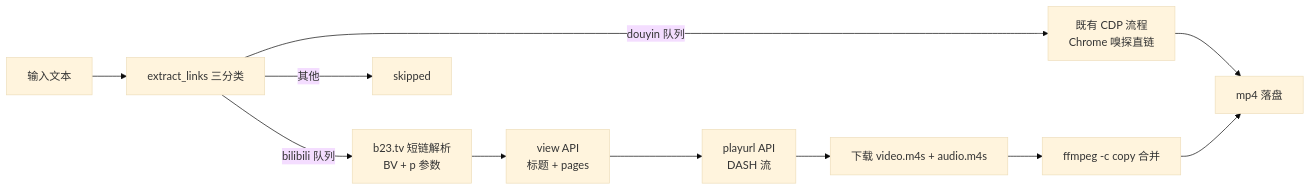
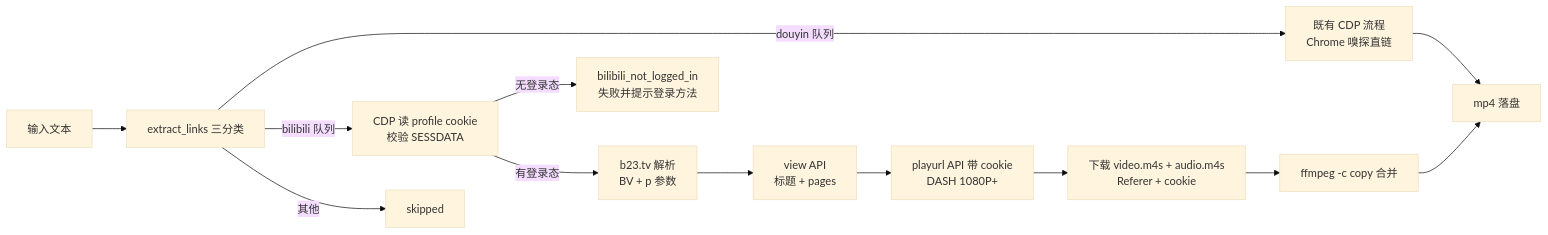
Before and after one commit to shihao-hub/td-language_projects: the diagram in docs/plans/30-douyin-dl-bilibili-support.md, drawn with Mermaid (base theme). The commit also changed other lines of this file, not shown here.

````diff
--- a/docs/plans/30-douyin-dl-bilibili-support.md
+++ b/docs/plans/30-douyin-dl-bilibili-support.md
@@ -27,13 +28,15 @@
 ```mermaid
 flowchart LR
     A[输入文本] --> B[extract_links 三分类]
     B -->|douyin 队列| C[既有 CDP 流程<br/>Chrome 嗅探直链]
-    B -->|bilibili 队列| D[b23.tv 短链解析<br/>BV + p 参数]
-    D --> E[view API<br/>标题 + pages]
-    E --> F[playurl API<br/>DASH 流]
-    F --> G[下载 video.m4s + audio.m4s]
-    G --> H[ffmpeg -c copy 合并]
-    B -->|其他| I[skipped]
-    C --> J[mp4 落盘]
-    H --> J
+    B -->|bilibili 队列| D[CDP 读 profile cookie<br/>校验 SESSDATA]
+    D -->|无登录态| X[bilibili_not_logged_in<br/>失败并提示登录方法]
+    D -->|有登录态| E[b23.tv 解析<br/>BV + p 参数]
+    E --> F[view API<br/>标题 + pages]
+    F --> G[playurl API 带 cookie<br/>DASH 1080P+]
+    G --> H[下载 video.m4s + audio.m4s<br/>Referer + cookie]
+    H --> I[ffmpeg -c copy 合并]
+    B -->|其他| J[skipped]
+    C --> K[mp4 落盘]
+    I --> K
 ```
````
